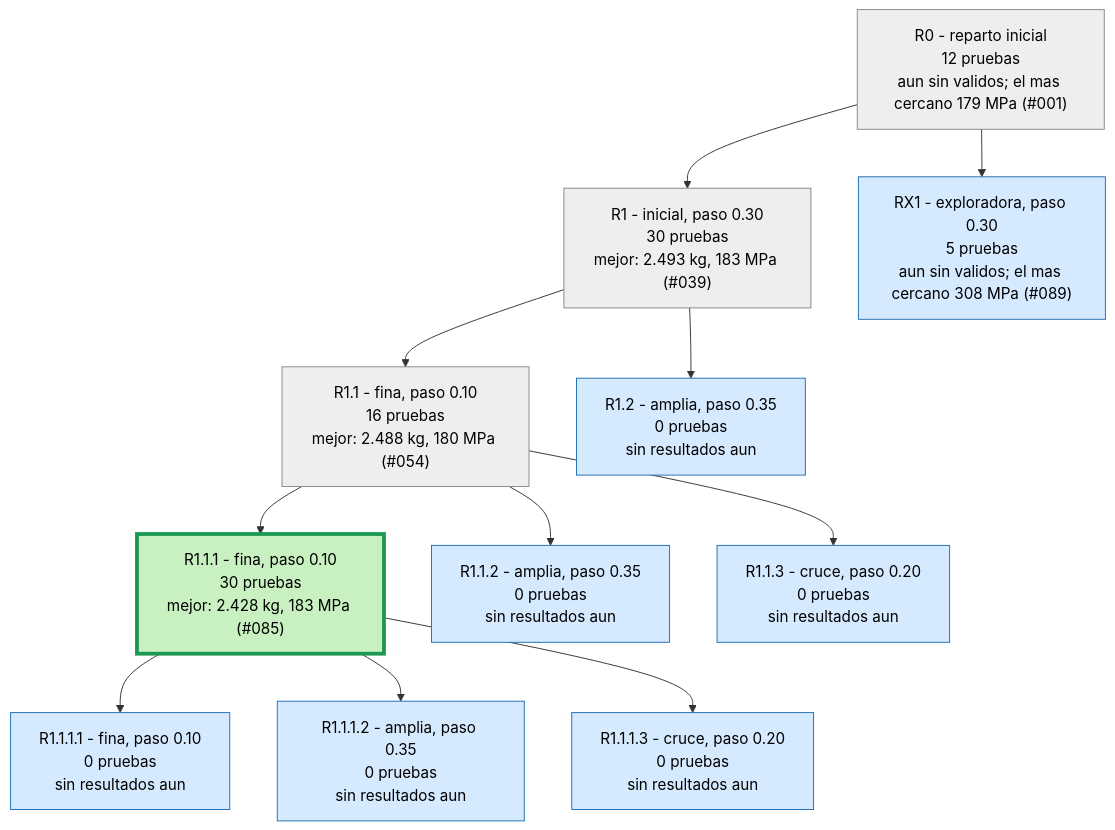
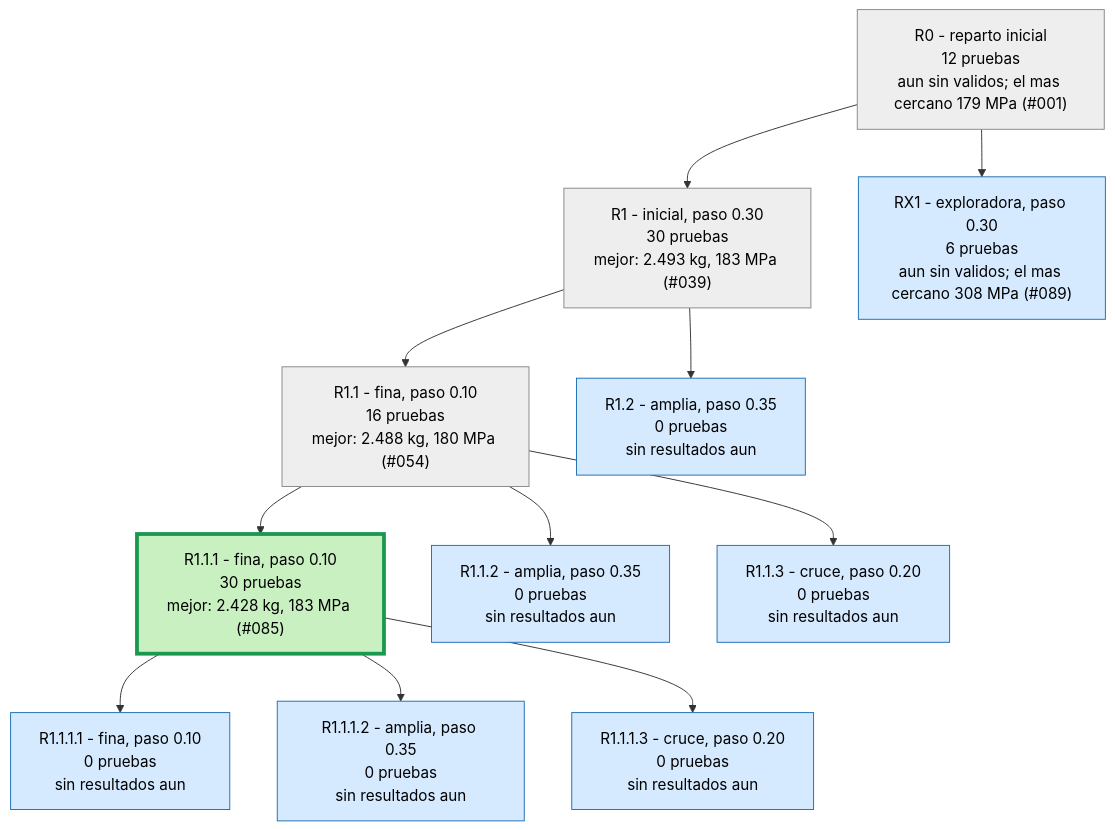
Before and after one commit to Hugiko/msd-soporte-optimizacion: the second of 3 diagrams in runs/opt_37800N/ARBOL.md, drawn with Mermaid. The commit also changed 20 other files, not shown here.

````diff
--- a/runs/opt_37800N/ARBOL.md
+++ b/runs/opt_37800N/ARBOL.md
@@ -25,27 +25,27 @@
 ```mermaid
 graph TD
 classDef activa fill:#d6eaff,stroke:#1f6fb5,color:#000
 classDef fin fill:#eeeeee,stroke:#888,color:#000
 classDef mejor fill:#c8f0c0,stroke:#1a9850,stroke-width:4px,color:#000
 R0["R0 - reparto inicial<br/>12 pruebas<br/>aun sin validos; el mas cercano 179 MPa (#001)"]:::fin
 R1["R1 - inicial, paso 0.30<br/>30 pruebas<br/>mejor: 2.493 kg, 183 MPa (#039)"]:::fin
 R0 --> R1
 R1_1["R1.1 - fina, paso 0.10<br/>16 pruebas<br/>mejor: 2.488 kg, 180 MPa (#054)"]:::fin
 R1 --> R1_1
 R1_2["R1.2 - amplia, paso 0.35<br/>0 pruebas<br/>sin resultados aun"]:::activa
 R1 --> R1_2
 R1_1_1["R1.1.1 - fina, paso 0.10<br/>30 pruebas<br/>mejor: 2.428 kg, 183 MPa (#085)"]:::mejor
 R1_1 --> R1_1_1
 R1_1_2["R1.1.2 - amplia, paso 0.35<br/>0 pruebas<br/>sin resultados aun"]:::activa
 R1_1 --> R1_1_2
 R1_1_3["R1.1.3 - cruce, paso 0.20<br/>0 pruebas<br/>sin resultados aun"]:::activa
 R1_1 --> R1_1_3
 R1_1_1_1["R1.1.1.1 - fina, paso 0.10<br/>0 pruebas<br/>sin resultados aun"]:::activa
 R1_1_1 --> R1_1_1_1
 R1_1_1_2["R1.1.1.2 - amplia, paso 0.35<br/>0 pruebas<br/>sin resultados aun"]:::activa
 R1_1_1 --> R1_1_1_2
 R1_1_1_3["R1.1.1.3 - cruce, paso 0.20<br/>0 pruebas<br/>sin resultados aun"]:::activa
 R1_1_1 --> R1_1_1_3
-RX1["RX1 - exploradora, paso 0.30<br/>5 pruebas<br/>aun sin validos; el mas cercano 308 MPa (#089)"]:::activa
+RX1["RX1 - exploradora, paso 0.30<br/>6 pruebas<br/>aun sin validos; el mas cercano 308 MPa (#089)"]:::activa
 R0 --> RX1
 ```
````
